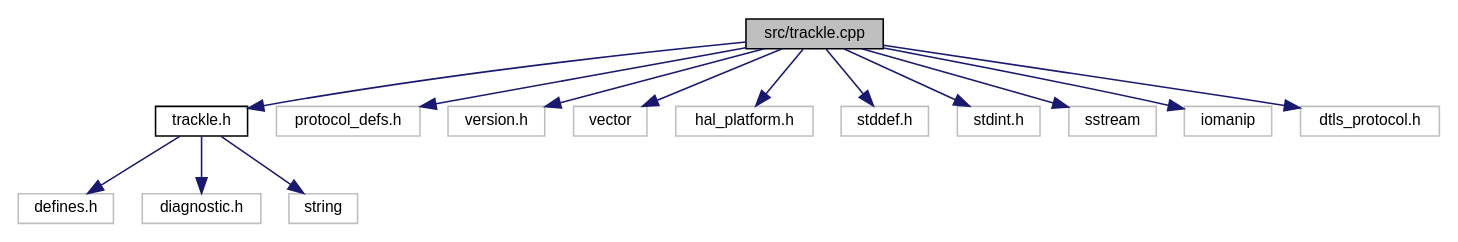
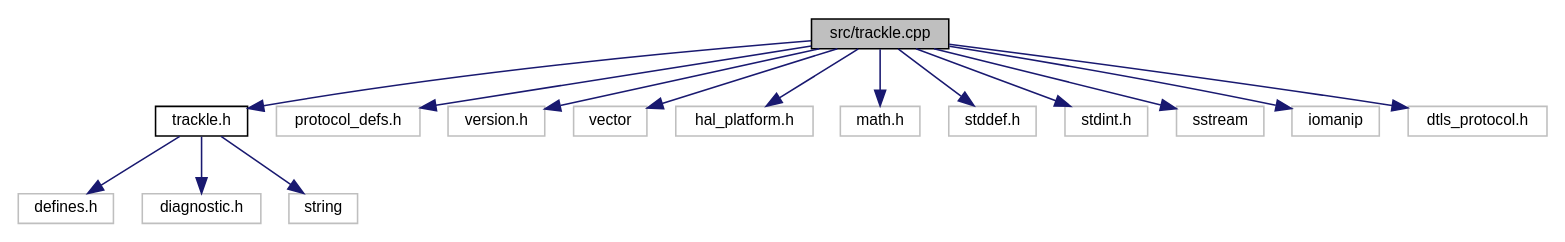
One commit to GiulioDallaVecchia/trackle-library-cpp changed the diagram in trackle_8cpp__incl.dot. Above: the diagram before and after it, drawn with Graphviz. The commit also changed 87 other files, not shown here.

```diff
--- a/trackle_8cpp__incl.dot
+++ b/trackle_8cpp__incl.dot
@@ -1,33 +1,35 @@
 digraph "src/trackle.cpp"
 {
  // LATEX_PDF_SIZE
   edge [fontname="Helvetica",fontsize="10",labelfontname="Helvetica",labelfontsize="10"];
   node [fontname="Helvetica",fontsize="10",shape=record];
   Node1 [label="src/trackle.cpp",height=0.2,width=0.4,color="black", fillcolor="grey75", style="filled", fontcolor="black",tooltip=" "];
   Node1 -> Node2 [color="midnightblue",fontsize="10",style="solid",fontname="Helvetica"];
   Node2 [label="trackle.h",height=0.2,width=0.4,color="black", fillcolor="white", style="filled",URL="$trackle_8h.html",tooltip=" "];
   Node2 -> Node3 [color="midnightblue",fontsize="10",style="solid",fontname="Helvetica"];
   Node3 [label="defines.h",height=0.2,width=0.4,color="grey75", fillcolor="white", style="filled",tooltip=" "];
   Node2 -> Node4 [color="midnightblue",fontsize="10",style="solid",fontname="Helvetica"];
   Node4 [label="diagnostic.h",height=0.2,width=0.4,color="grey75", fillcolor="white", style="filled",tooltip=" "];
   Node2 -> Node5 [color="midnightblue",fontsize="10",style="solid",fontname="Helvetica"];
   Node5 [label="string",height=0.2,width=0.4,color="grey75", fillcolor="white", style="filled",tooltip=" "];
   Node1 -> Node6 [color="midnightblue",fontsize="10",style="solid",fontname="Helvetica"];
   Node6 [label="protocol_defs.h",height=0.2,width=0.4,color="grey75", fillcolor="white", style="filled",tooltip=" "];
   Node1 -> Node7 [color="midnightblue",fontsize="10",style="solid",fontname="Helvetica"];
   Node7 [label="version.h",height=0.2,width=0.4,color="grey75", fillcolor="white", style="filled",tooltip=" "];
   Node1 -> Node8 [color="midnightblue",fontsize="10",style="solid",fontname="Helvetica"];
   Node8 [label="vector",height=0.2,width=0.4,color="grey75", fillcolor="white", style="filled",tooltip=" "];
   Node1 -> Node9 [color="midnightblue",fontsize="10",style="solid",fontname="Helvetica"];
   Node9 [label="hal_platform.h",height=0.2,width=0.4,color="grey75", fillcolor="white", style="filled",tooltip=" "];
   Node1 -> Node10 [color="midnightblue",fontsize="10",style="solid",fontname="Helvetica"];
-  Node10 [label="stddef.h",height=0.2,width=0.4,color="grey75", fillcolor="white", style="filled",tooltip=" "];
+  Node10 [label="math.h",height=0.2,width=0.4,color="grey75", fillcolor="white", style="filled",tooltip=" "];
   Node1 -> Node11 [color="midnightblue",fontsize="10",style="solid",fontname="Helvetica"];
-  Node11 [label="stdint.h",height=0.2,width=0.4,color="grey75", fillcolor="white", style="filled",tooltip=" "];
+  Node11 [label="stddef.h",height=0.2,width=0.4,color="grey75", fillcolor="white", style="filled",tooltip=" "];
   Node1 -> Node12 [color="midnightblue",fontsize="10",style="solid",fontname="Helvetica"];
-  Node12 [label="sstream",height=0.2,width=0.4,color="grey75", fillcolor="white", style="filled",tooltip=" "];
+  Node12 [label="stdint.h",height=0.2,width=0.4,color="grey75", fillcolor="white", style="filled",tooltip=" "];
   Node1 -> Node13 [color="midnightblue",fontsize="10",style="solid",fontname="Helvetica"];
-  Node13 [label="iomanip",height=0.2,width=0.4,color="grey75", fillcolor="white", style="filled",tooltip=" "];
+  Node13 [label="sstream",height=0.2,width=0.4,color="grey75", fillcolor="white", style="filled",tooltip=" "];
   Node1 -> Node14 [color="midnightblue",fontsize="10",style="solid",fontname="Helvetica"];
-  Node14 [label="dtls_protocol.h",height=0.2,width=0.4,color="grey75", fillcolor="white", style="filled",tooltip=" "];
+  Node14 [label="iomanip",height=0.2,width=0.4,color="grey75", fillcolor="white", style="filled",tooltip=" "];
+  Node1 -> Node15 [color="midnightblue",fontsize="10",style="solid",fontname="Helvetica"];
+  Node15 [label="dtls_protocol.h",height=0.2,width=0.4,color="grey75", fillcolor="white", style="filled",tooltip=" "];
 }
```
